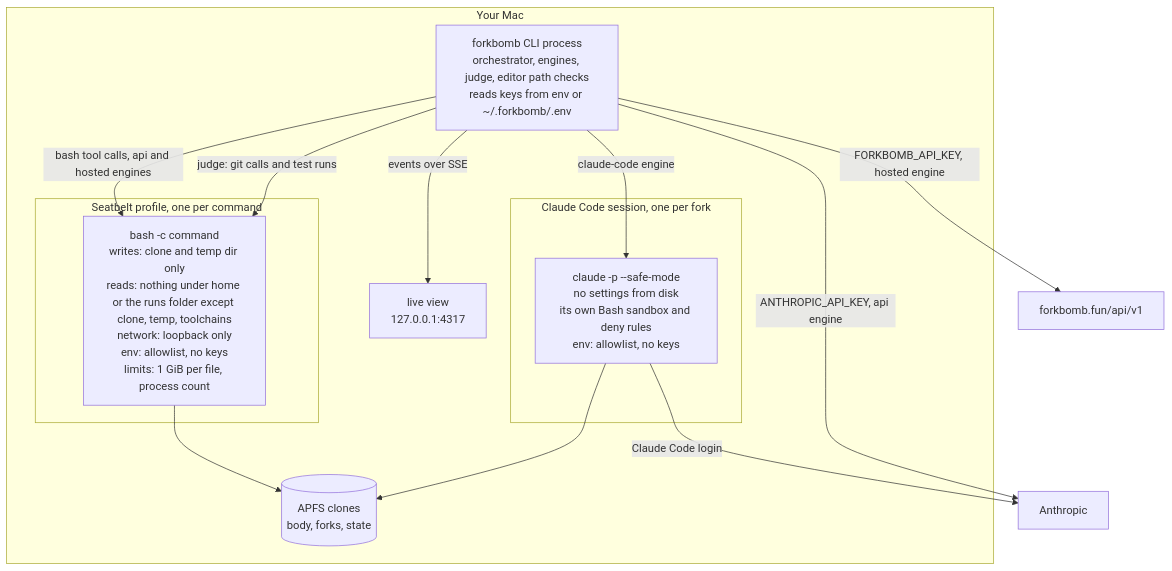
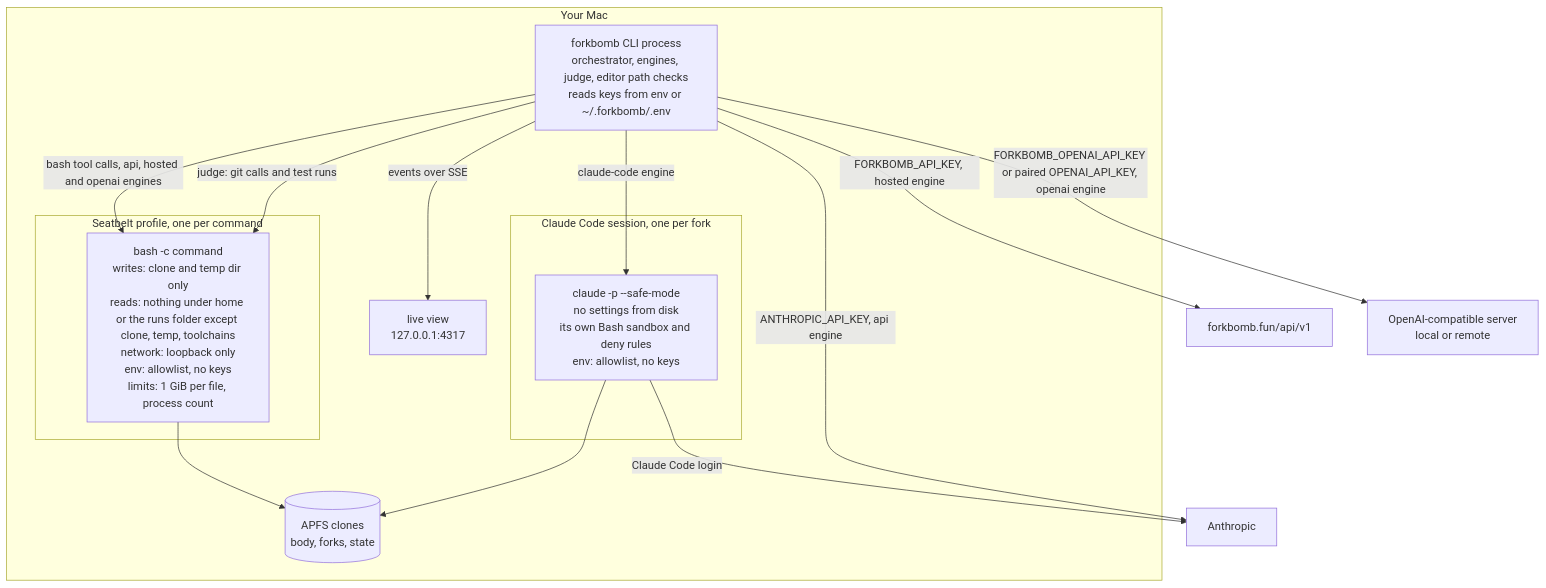
One commit to plvgger/forkbomb changed the second of 3 diagrams in docs/ARCHITECTURE.md. Above: the diagram before and after it, drawn with Mermaid. The commit also changed other lines of this file and 24 other files, not shown here.

First line of the commit message:
Add --engine openai (Ollama, LM Studio, vLLM, llama.cpp, OpenRouter) and a hosted cold-start notice (#21)

````diff
--- a/docs/ARCHITECTURE.md
+++ b/docs/ARCHITECTURE.md
@@ -254,25 +271,27 @@
 ```mermaid
 flowchart TB
     subgraph mac["Your Mac"]
         cli["forkbomb CLI process<br/>orchestrator, engines, judge, editor path checks<br/>reads keys from env or ~/.forkbomb/.env"]
         subgraph seatbelt["Seatbelt profile, one per command"]
             sh["bash -c command<br/>writes: clone and temp dir only<br/>reads: nothing under home or the runs folder except clone, temp, toolchains<br/>network: loopback only<br/>env: allowlist, no keys<br/>limits: 1 GiB per file, process count"]
         end
         subgraph claude["Claude Code session, one per fork"]
             cc["claude -p --safe-mode<br/>no settings from disk<br/>its own Bash sandbox and deny rules<br/>env: allowlist, no keys"]
         end
         disk[("APFS clones<br/>body, forks, state")]
         ui["live view<br/>127.0.0.1:4317"]
     end
     anthropic["Anthropic"]
     gateway["forkbomb.fun/api/v1"]
-    cli -->|"bash tool calls, api and hosted engines"| sh
+    oaserver["OpenAI-compatible server<br/>local or remote"]
+    cli -->|"bash tool calls, api, hosted and openai engines"| sh
     cli -->|"judge: git calls and test runs"| sh
     cli -->|"claude-code engine"| cc
     sh --> disk
     cc --> disk
     cc -->|"Claude Code login"| anthropic
     cli -->|"ANTHROPIC_API_KEY, api engine"| anthropic
     cli -->|"FORKBOMB_API_KEY, hosted engine"| gateway
+    cli -->|"FORKBOMB_OPENAI_API_KEY or paired OPENAI_API_KEY, openai engine"| oaserver
     cli -->|"events over SSE"| ui
 ```
````
